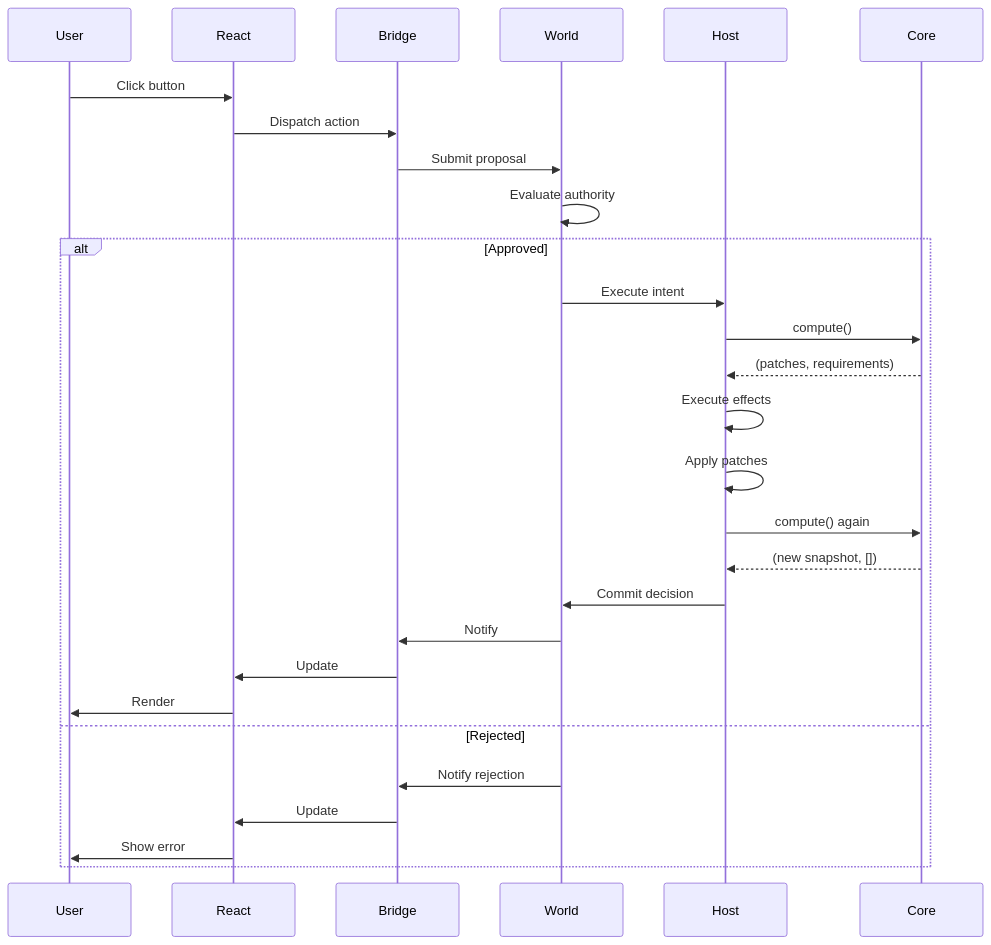
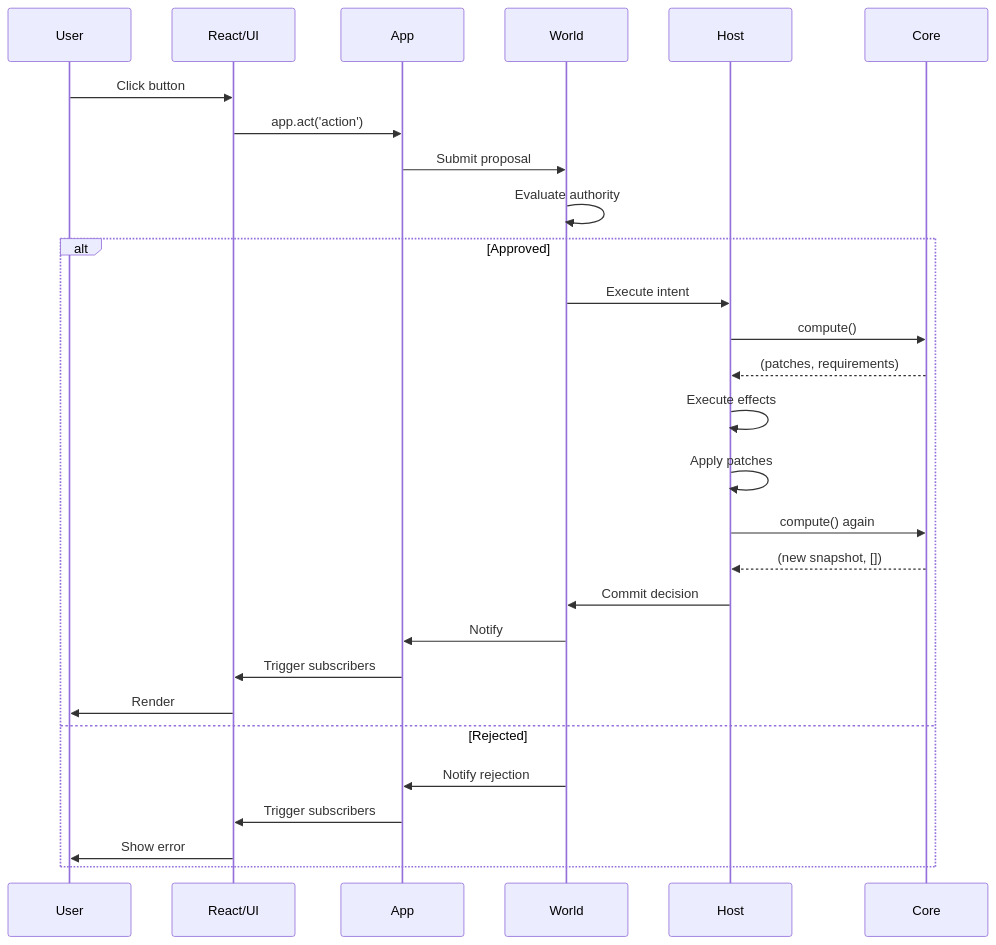
Before and after one commit to manifesto-ai/core: the second of 2 diagrams in docs/architecture/index.md, drawn with Mermaid. The commit also changed other lines of this file and 16 other files, not shown here.

First line of the commit message:
docs: update documentation to reflect current architecture (#85)

````diff
--- a/docs/architecture/index.md
+++ b/docs/architecture/index.md
@@ -384,31 +384,31 @@
 ```mermaid
 sequenceDiagram
     participant User
-    participant React
-    participant Bridge
+    participant UI as React/UI
+    participant App
     participant World
     participant Host
     participant Core
 
-    User->>React: Click button
-    React->>Bridge: Dispatch action
-    Bridge->>World: Submit proposal
+    User->>UI: Click button
+    UI->>App: app.act('action')
+    App->>World: Submit proposal
     World->>World: Evaluate authority
     alt Approved
         World->>Host: Execute intent
         Host->>Core: compute()
         Core-->>Host: (patches, requirements)
         Host->>Host: Execute effects
         Host->>Host: Apply patches
         Host->>Core: compute() again
         Core-->>Host: (new snapshot, [])
         Host->>World: Commit decision
-        World->>Bridge: Notify
-        Bridge->>React: Update
-        React->>User: Render
+        World->>App: Notify
+        App->>UI: Trigger subscribers
+        UI->>User: Render
     else Rejected
-        World->>Bridge: Notify rejection
-        Bridge->>React: Update
-        React->>User: Show error
+        World->>App: Notify rejection
+        App->>UI: Trigger subscribers
+        UI->>User: Show error
     end
 ```
````
